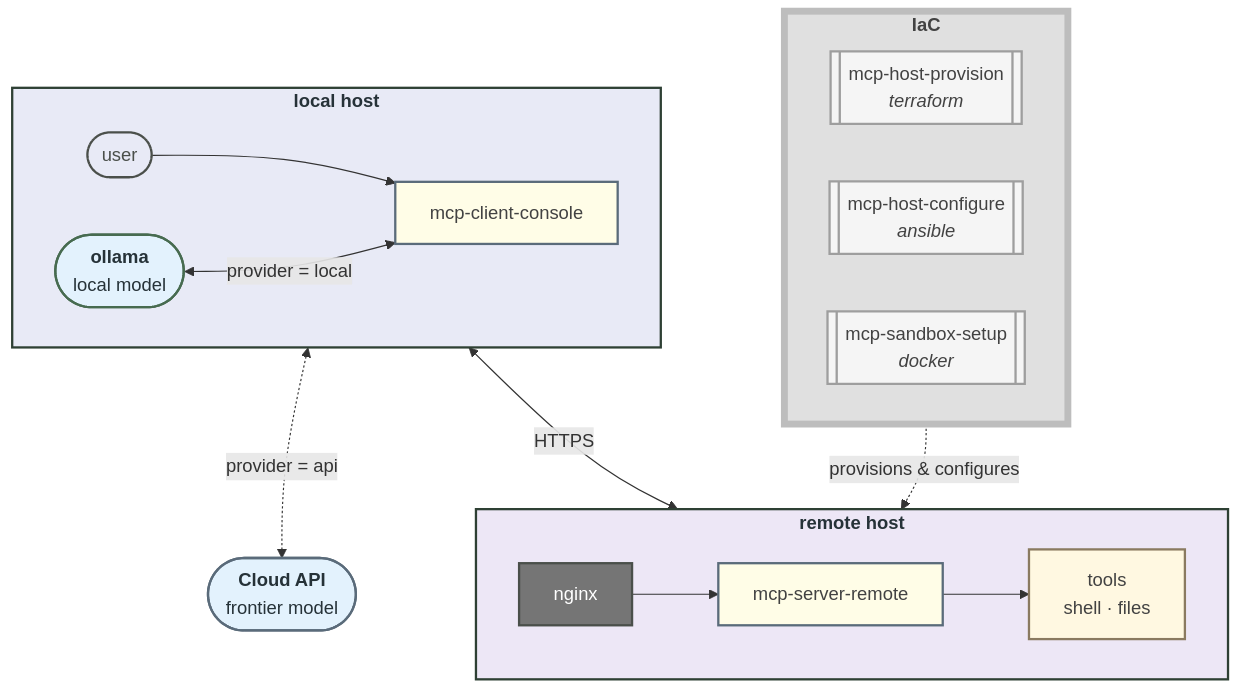
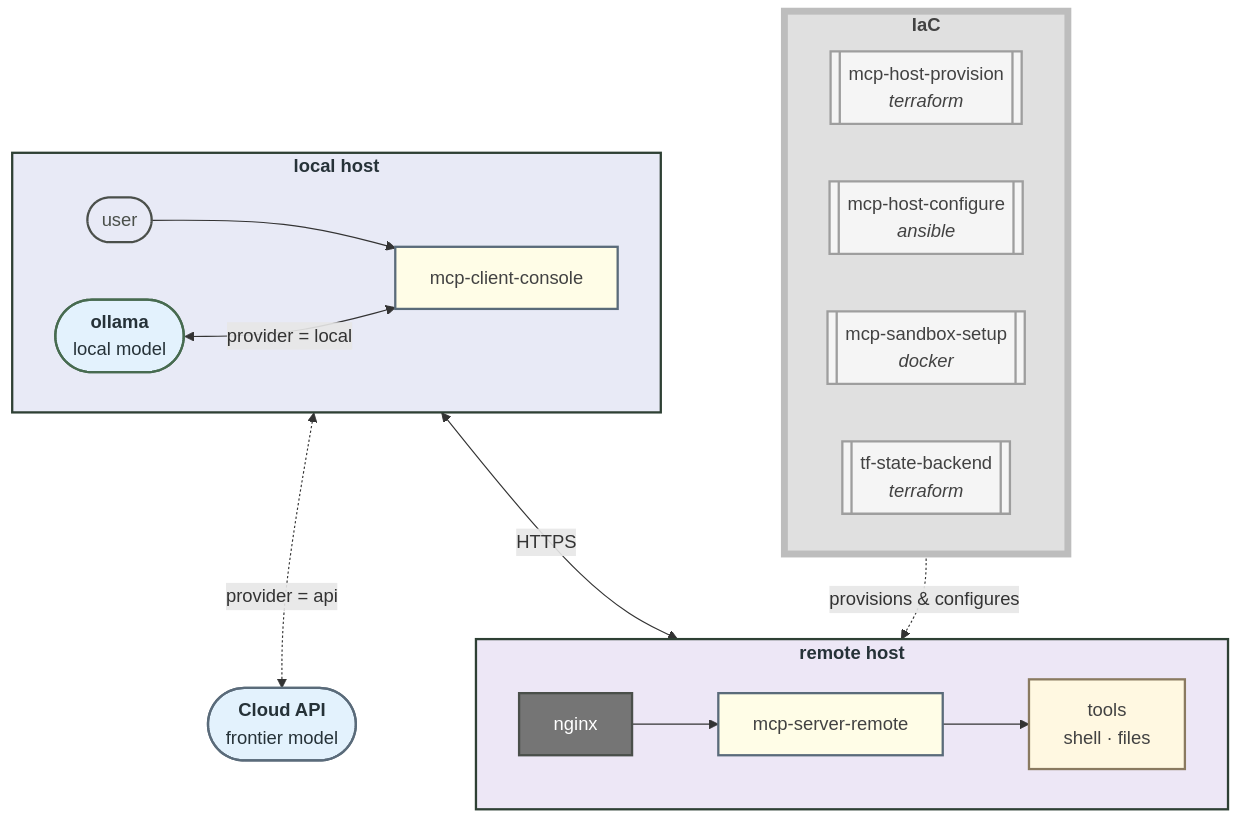
The diagram in README.md (geomux/geomux), drawn with Mermaid before and after one commit.

Commit message:
docs(README.md): final commit of the night, the mermaid chart will have to suffice as is for now...

````diff
--- a/README.md
+++ b/README.md
@@ -15,44 +15,46 @@
 ```mermaid
 flowchart TB
     subgraph IAC["`**IaC**`"]
         direction LR
         P[["`mcp-host-provision
 *terraform*`"]]:::iac
         CF[["`mcp-host-configure
 *ansible*`"]]:::iac
         SB[["`mcp-sandbox-setup
 *docker*`"]]:::iac
+        TFS[["`tf-state-backend
+*terraform*`"]]:::iac
     end
 
     subgraph LHOST["`**local host**`"]
         direction LR
         U(["`user`"]):::me --> C["`mcp-client-console`"]:::pkg
         M(["`**ollama**
 local model`"]):::model <-->|provider = local| C
     end
 
     subgraph RHOST["`**remote host**`"]
         direction LR
         N["`nginx`"]:::plumb --> S["`mcp-server-remote`"]:::pkg --> T["`tools
 shell · files`"]:::tools
     end
 
     API(["`**Cloud API**
 frontier model`"]):::cloud
 
     IAC -.->|provisions & configures| RHOST
     C <-->|HTTPS| N
     C <-.->|provider = api| API
 
     classDef me fill:none,stroke:#4A4F4A,stroke-width:2px,color:#4A4F4A
     classDef pkg fill:#FFFDE7,stroke:#5A6B7A,stroke-width:2px,color:#424242
     classDef plumb fill:#757575,stroke:#4A4F4A,stroke-width:2px,color:#FFFFFF
     classDef tools fill:#FFF8E1,stroke:#8A7A60,stroke-width:2px,color:#424242
     classDef iac fill:#F5F5F5,stroke:#9E9E9E,stroke-width:2px,color:#424242
     classDef model fill:#E3F2FD,stroke:#476B50,stroke-width:2px,color:#263238
     classDef cloud fill:#E3F2FD,stroke:#5A6B7A,stroke-width:2px,color:#263238
     style RHOST fill:#EDE7F6,stroke:#2E4034,stroke-width:2px,color:#263238
     style LHOST fill:#E8EAF6,stroke:#2E4034,stroke-width:2px,color:#263238
     style IAC fill:#E0E0E0,stroke:#BDBDBD,stroke-width:6px,color:#424242
 
 ```
````
